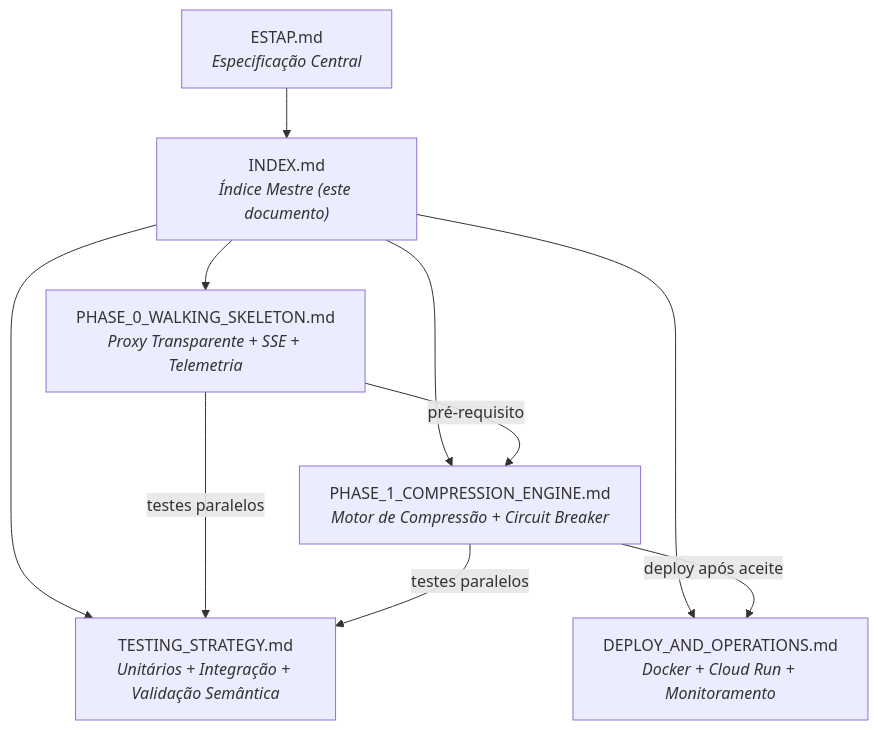
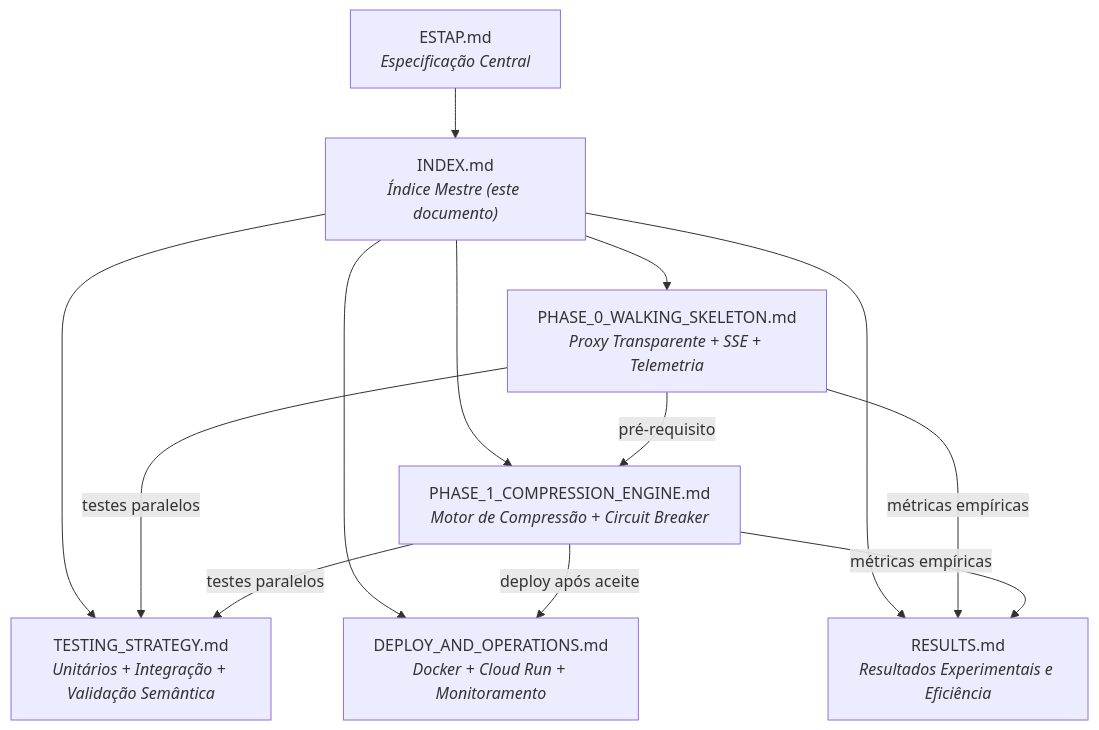
Before and after one commit to opropriobertoni/llm-cost-optimizer-proxy: the diagram in docs/INDEX.md, drawn with Mermaid. The commit also changed other lines of this file and 1 other file, not shown here.

Commit message:
docs: adiciona RESULTS.md com resultados experimentais das fases 0 e 1

````diff
--- a/docs/INDEX.md
+++ b/docs/INDEX.md
@@ -11,13 +11,15 @@
 ```mermaid
 graph TD
     A["ESTAP.md<br/><i>Especificação Central</i>"] --> B["INDEX.md<br/><i>Índice Mestre (este documento)</i>"]
     B --> C["PHASE_0_WALKING_SKELETON.md<br/><i>Proxy Transparente + SSE + Telemetria</i>"]
     B --> D["PHASE_1_COMPRESSION_ENGINE.md<br/><i>Motor de Compressão + Circuit Breaker</i>"]
     B --> E["TESTING_STRATEGY.md<br/><i>Unitários + Integração + Validação Semântica</i>"]
     B --> F["DEPLOY_AND_OPERATIONS.md<br/><i>Docker + Cloud Run + Monitoramento</i>"]
+    B --> G["RESULTS.md<br/><i>Resultados Experimentais e Eficiência</i>"]
 
     C -->|"pré-requisito"| D
     C -->|"testes paralelos"| E
     D -->|"testes paralelos"| E
     D -->|"deploy após aceite"| F
+    C & D -->|"métricas empíricas"| G
 ```
````
